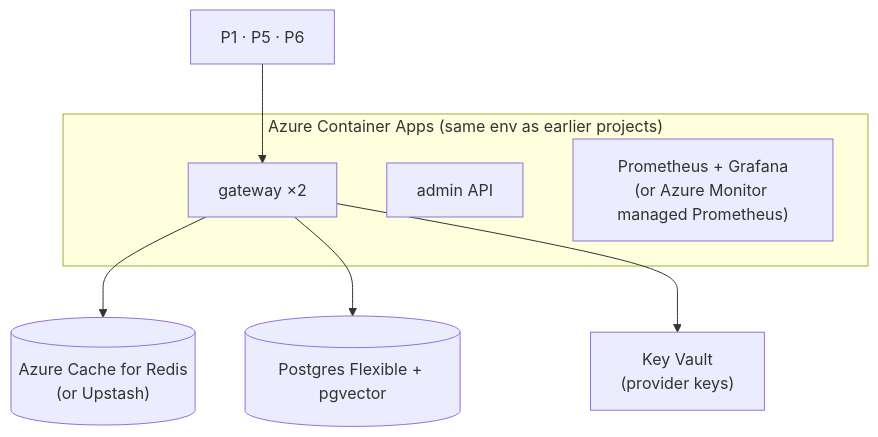
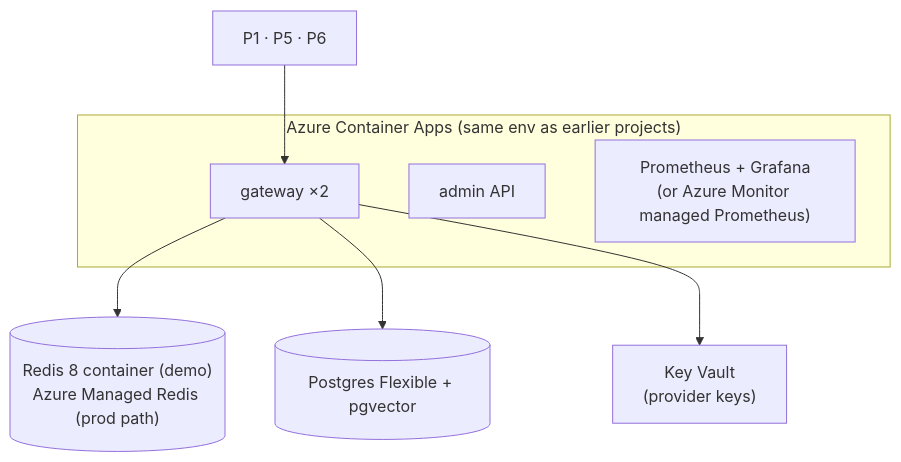
One commit to pRiMeXoMeGa/AI-Learning-Projects changed the seventh of 7 diagrams in projects/07-llm-gateway-router/docs/02-architecture.md. Above: the diagram before and after it, drawn with Mermaid. The commit also changed 8 other files, not shown here.

````diff
--- a/projects/07-llm-gateway-router/docs/02-architecture.md
+++ b/projects/07-llm-gateway-router/docs/02-architecture.md
@@ -161,13 +161,13 @@
 ```mermaid
 flowchart TB
     subgraph Azure["Azure Container Apps (same env as earlier projects)"]
         G1["gateway ×2"]
         AD["admin API"]
         PR["Prometheus + Grafana<br/>(or Azure Monitor managed Prometheus)"]
     end
-    RED[("Azure Cache for Redis<br/>(or Upstash)")]
+    RED[("Redis 8 container (demo)<br/>Azure Managed Redis (prod path)")]
     PG[("Postgres Flexible + pgvector")]
     KV["Key Vault<br/>(provider keys)"]
     APPS["P1 · P5 · P6"] --> G1
     G1 --> RED & PG & KV
 ```
````
